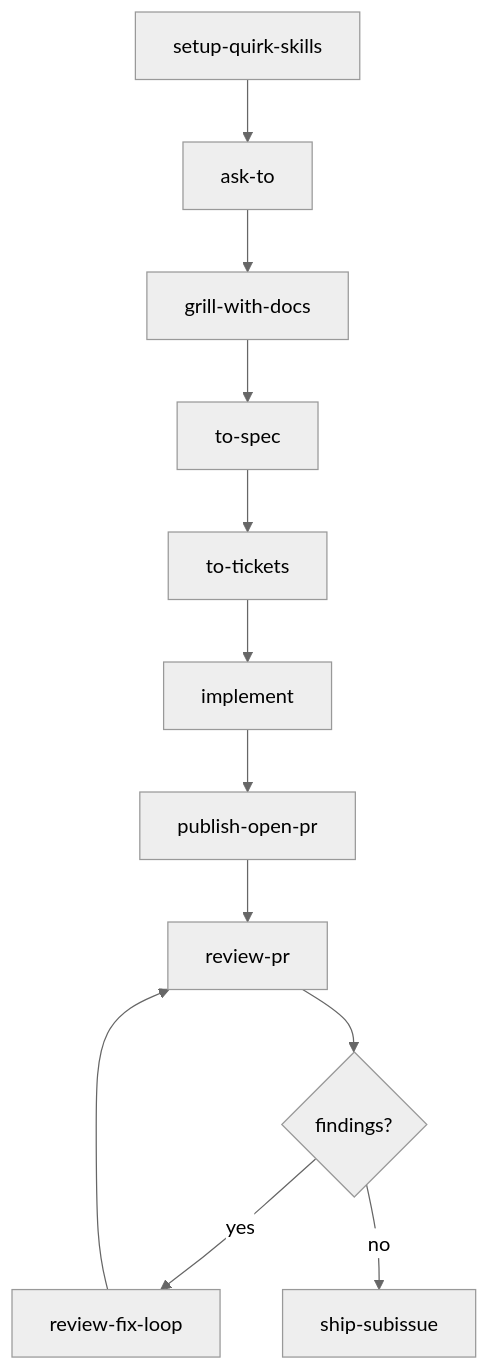
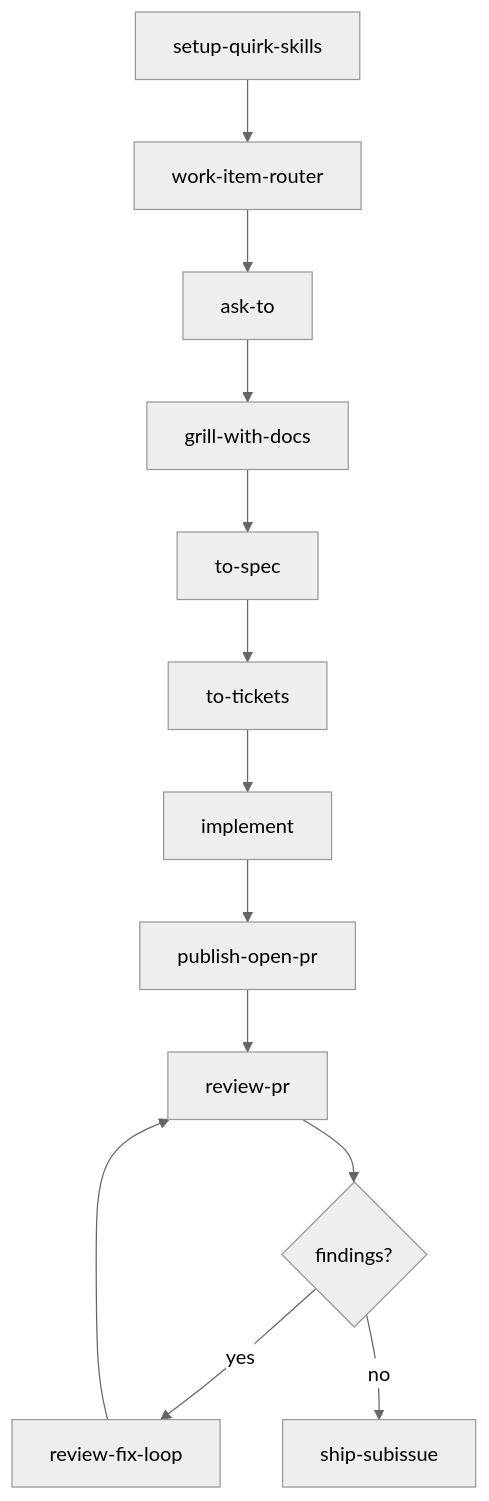
Before and after one commit to quantumquirkxyz/skills-quirk: the first of 4 diagrams in README.md, drawn with Mermaid (neutral theme). The commit also changed other lines of this file and 22 other files, not shown here.

````diff
--- a/README.md
+++ b/README.md
@@ -36,14 +36,15 @@
 ```mermaid
 flowchart TD
-    A[setup-quirk-skills] --> B[ask-to]
-    B --> C[grill-with-docs]
-    C --> D[to-spec]
-    D --> E[to-tickets]
-    E --> F[implement]
-    F --> G[publish-open-pr]
-    G --> H[review-pr]
-    H --> I{findings?}
-    I -->|yes| J[review-fix-loop]
-    J --> H
-    I -->|no| K[ship-subissue]
+    A[setup-quirk-skills] --> B[work-item-router]
+    B --> C[ask-to]
+    C --> D[grill-with-docs]
+    D --> E[to-spec]
+    E --> F[to-tickets]
+    F --> G[implement]
+    G --> H[publish-open-pr]
+    H --> I[review-pr]
+    I --> J{findings?}
+    J -->|yes| K[review-fix-loop]
+    K --> I
+    J -->|no| L[ship-subissue]
 ```
````
